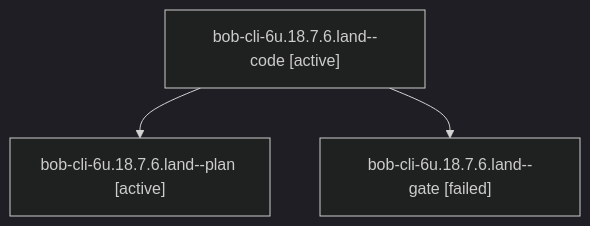
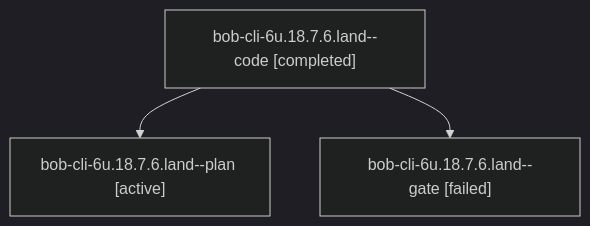
One commit to bobs-org/bob-cli--agents changed the diagram in sessions/bbugyi200.apollo.bob-cli-6u.18.7.6.land.md. Above: the diagram before and after it, drawn with Mermaid (dark theme). The commit also changed other lines of this file and 89 other files, not shown here.

````diff
--- a/sessions/bbugyi200.apollo.bob-cli-6u.18.7.6.land.md
+++ b/sessions/bbugyi200.apollo.bob-cli-6u.18.7.6.land.md
@@ -9,8 +9,8 @@
 ```mermaid
 flowchart TD
-  n0["bob-cli-6u.18.7.6.land--code [active]"]
+  n0["bob-cli-6u.18.7.6.land--code [completed]"]
   n1["bob-cli-6u.18.7.6.land--plan [active]"]
   n0 --> n1
   n2["bob-cli-6u.18.7.6.land--gate [failed]"]
   n0 --> n2
 ```
````
